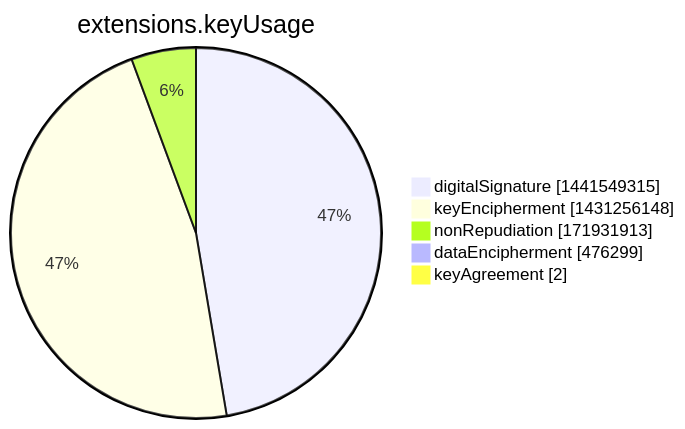
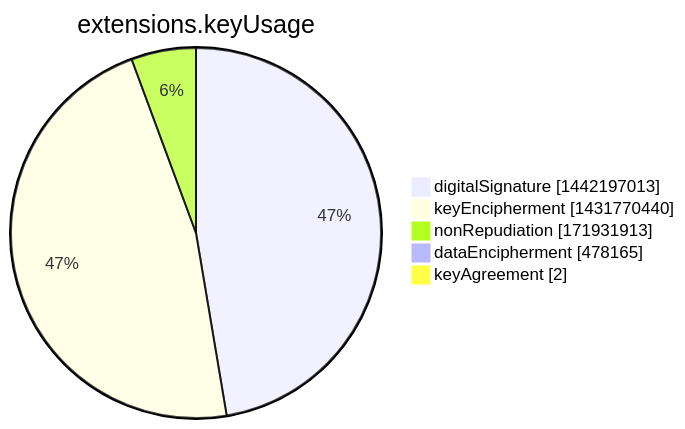
The seventh of 15 diagrams in argon2022/README.md (christiankrug/ctmonitor_visualization), drawn with Mermaid before and after one commit. The commit also changed other lines of this file, not shown here.

````diff
--- a/argon2022/README.md
+++ b/argon2022/README.md
@@ -2751,9 +2751,9 @@
 ```mermaid
 pie showData
 title extensions.keyUsage
-"digitalSignature" :1441549315
-"keyEncipherment" :1431256148
+"digitalSignature" :1442197013
+"keyEncipherment" :1431770440
 "nonRepudiation" :171931913
-"dataEncipherment" :476299
+"dataEncipherment" :478165
 "keyAgreement" :2
 ```
````
